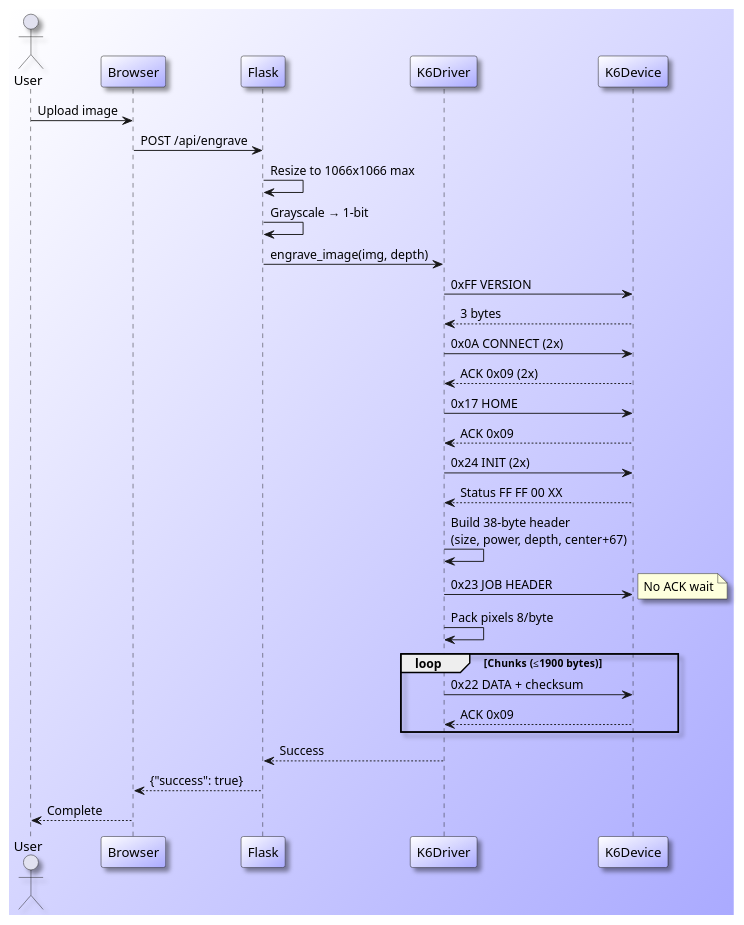
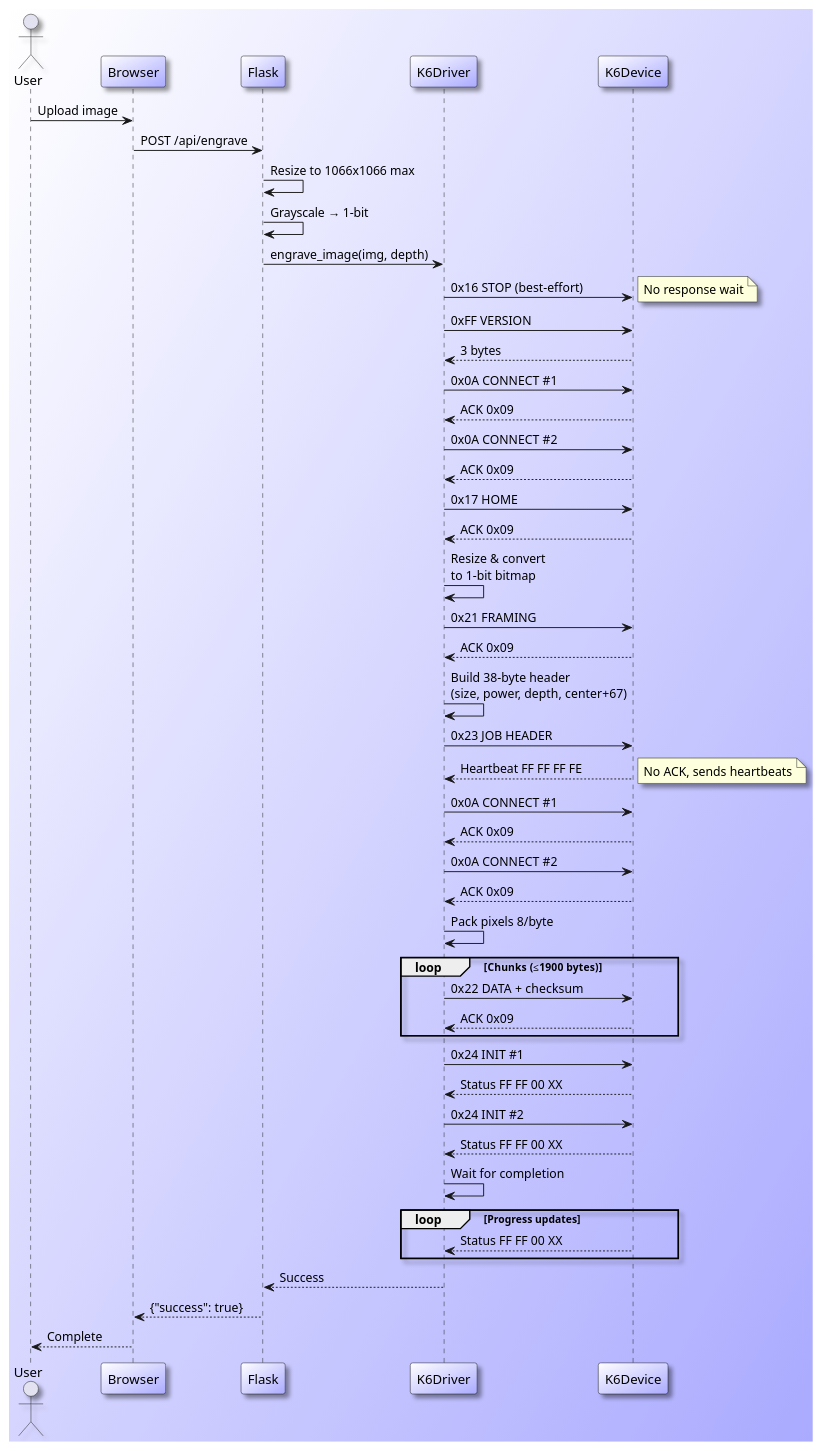
Before and after one commit to donnels/wainlux-pi: the diagram in images/sequence-engrave.plantuml, drawn with PlantUML. The commit also changed 23 other files, not shown here.

Commit message:
just cosmetics and documented flatpack madness on stemadeck for plantuml preview

```diff
--- a/images/sequence-engrave.plantuml
+++ b/images/sequence-engrave.plantuml
@@ -1,44 +1,69 @@
 @startuml
 skinparam backgroundColor #fff/aaf
 skinparam participantbackgroundColor #fff/aaf
 skinparam Shadowing 1
 
 actor User
 participant Browser
 participant Flask
 participant K6Driver
 participant K6Device
 
 User -> Browser: Upload image
 Browser -> Flask: POST /api/engrave
 Flask -> Flask: Resize to 1066x1066 max
 Flask -> Flask: Grayscale → 1-bit
 Flask -> K6Driver: engrave_image(img, depth)
 
+K6Driver -> K6Device: 0x16 STOP (best-effort)
+note right: No response wait
+
 K6Driver -> K6Device: 0xFF VERSION
 K6Device --> K6Driver: 3 bytes
 
-K6Driver -> K6Device: 0x0A CONNECT (2x)
-K6Device --> K6Driver: ACK 0x09 (2x)
+K6Driver -> K6Device: 0x0A CONNECT #1
+K6Device --> K6Driver: ACK 0x09
+
+K6Driver -> K6Device: 0x0A CONNECT #2
+K6Device --> K6Driver: ACK 0x09
 
 K6Driver -> K6Device: 0x17 HOME
 K6Device --> K6Driver: ACK 0x09
 
-K6Driver -> K6Device: 0x24 INIT (2x)
-K6Device --> K6Driver: Status FF FF 00 XX
+K6Driver -> K6Driver: Resize & convert\nto 1-bit bitmap
+K6Driver -> K6Device: 0x21 FRAMING
+K6Device --> K6Driver: ACK 0x09
 
 K6Driver -> K6Driver: Build 38-byte header\n(size, power, depth, center+67)
 K6Driver -> K6Device: 0x23 JOB HEADER
-note right: No ACK wait
+K6Device --> K6Driver: Heartbeat FF FF FF FE
+note right: No ACK, sends heartbeats
+
+K6Driver -> K6Device: 0x0A CONNECT #1
+K6Device --> K6Driver: ACK 0x09
+
+K6Driver -> K6Device: 0x0A CONNECT #2
+K6Device --> K6Driver: ACK 0x09
 
 K6Driver -> K6Driver: Pack pixels 8/byte
 loop Chunks (≤1900 bytes)
   K6Driver -> K6Device: 0x22 DATA + checksum
   K6Device --> K6Driver: ACK 0x09
 end
 
+K6Driver -> K6Device: 0x24 INIT #1
+K6Device --> K6Driver: Status FF FF 00 XX
+
+K6Driver -> K6Device: 0x24 INIT #2
+K6Device --> K6Driver: Status FF FF 00 XX
+
+K6Driver -> K6Driver: Wait for completion
+loop Progress updates
+  K6Device --> K6Driver: Status FF FF 00 XX
+end
+
 K6Driver --> Flask: Success
 Flask --> Browser: {"success": true}
 Browser --> User: Complete
 
 @enduml
```
